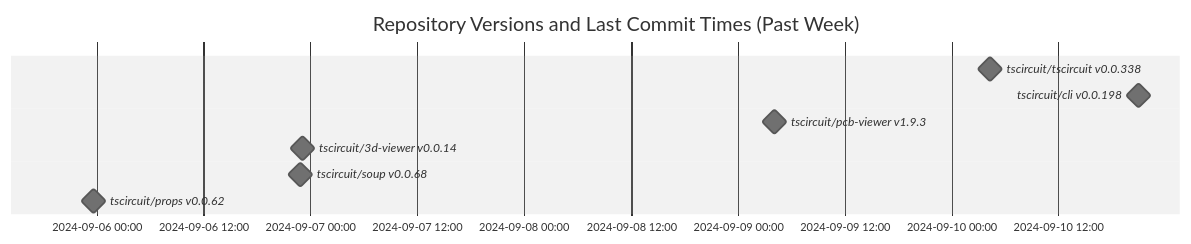
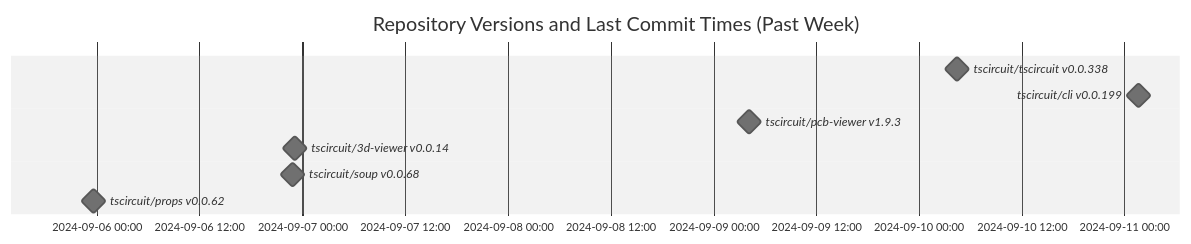
The diagram in README.md (tscircuit/version-tracker), drawn with Mermaid (neutral theme) before and after one commit.

Commit message:
Update chart

````diff
--- a/README.md
+++ b/README.md
@@ -1,13 +1,13 @@
 ```mermaid
 gantt
   dateFormat  YYYY-MM-DD HH:mm:ss
   title Repository Versions and Last Commit Times (Past Week)
   axisFormat %Y-%m-%d %H:%M
 
   tscircuit/tscircuit v0.0.338 : milestone, 2024-09-10 04:23:10, 1s
-  tscircuit/cli v0.0.198 : milestone, 2024-09-10 21:00:17, 1s
+  tscircuit/cli v0.0.199 : milestone, 2024-09-11 01:37:04, 1s
   tscircuit/pcb-viewer v1.9.3 : milestone, 2024-09-09 04:08:34, 1s
   tscircuit/3d-viewer v0.0.14 : milestone, 2024-09-06 23:07:26, 1s
   tscircuit/soup v0.0.68 : milestone, 2024-09-06 22:51:33, 1s
   tscircuit/props v0.0.62 : milestone, 2024-09-05 23:38:33, 1s
 ```
````
